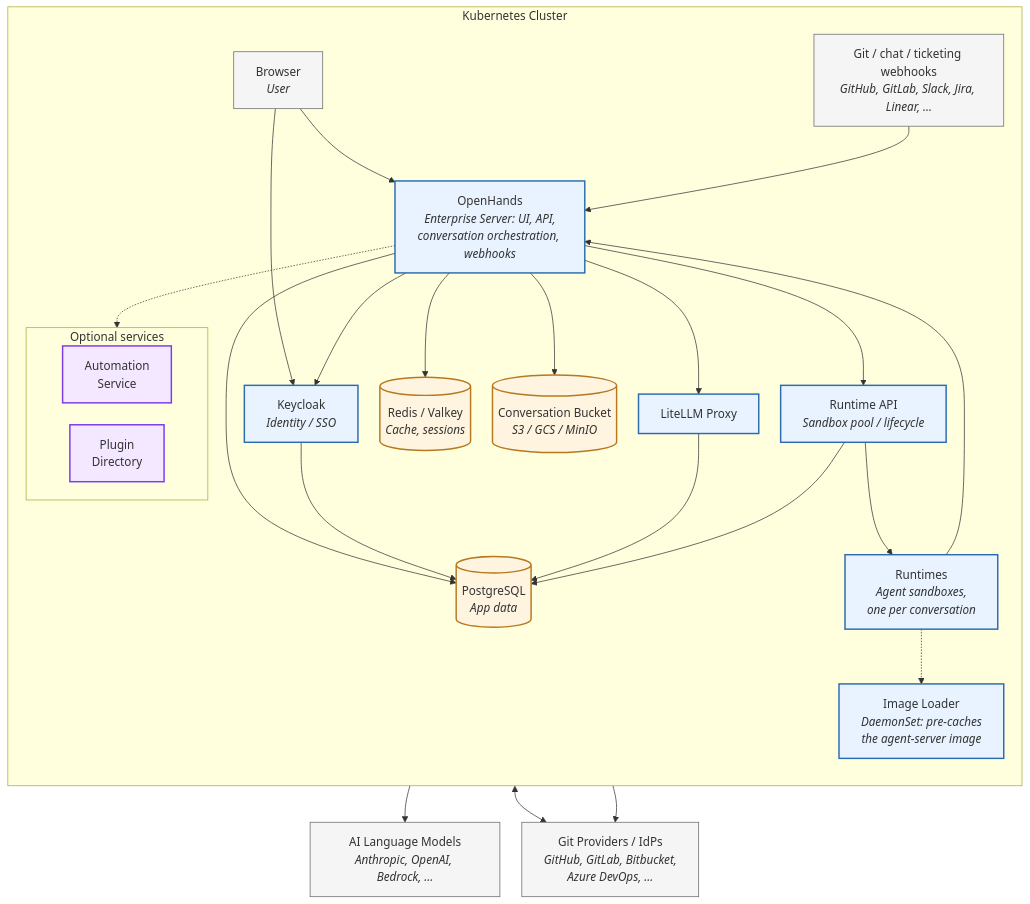
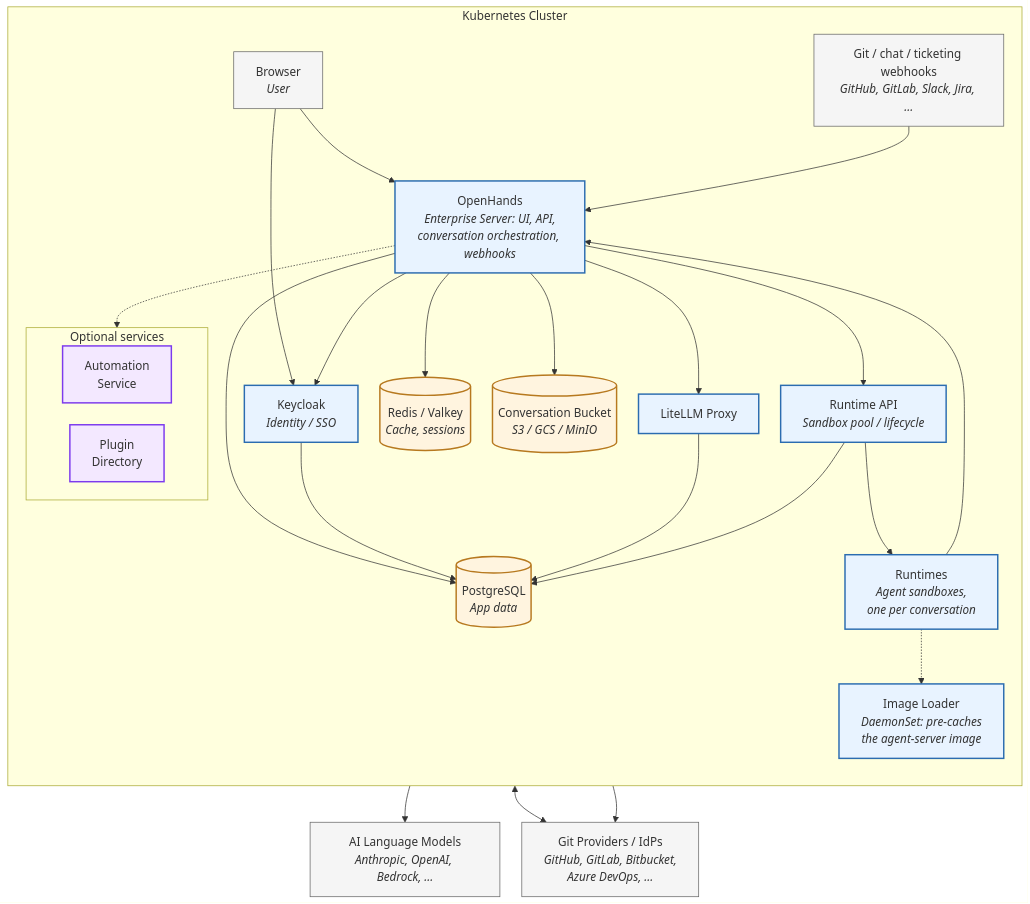
Before and after one commit to OpenHands/docs: the first of 2 diagrams in enterprise/architecture.mdx, drawn with Mermaid. The commit also changed other lines of this file, not shown here.

````diff
--- a/enterprise/architecture.mdx
+++ b/enterprise/architecture.mdx
@@ -24,59 +24,59 @@
 ```mermaid
 %%{init: {"theme": "default", "flowchart": {"nodeSpacing": 30, "rankSpacing": 50}} }%%
 flowchart TB
     Browser["Browser<br/><i>User</i>"]
-    Webhooks["Git / chat / ticketing webhooks<br/><i>GitHub, GitLab, Slack, Jira, Linear, ...</i>"]
+    Webhooks["Git / chat / ticketing webhooks<br/><i>GitHub, GitLab, Slack, Jira, ...</i>"]
 
     subgraph Cluster["Kubernetes Cluster"]
         direction TB
         Keycloak["Keycloak<br/><i>Identity / SSO</i>"]
         OpenHands["OpenHands<br/><i>Enterprise Server: UI, API,<br/>conversation orchestration, webhooks</i>"]
         Postgres[("PostgreSQL<br/><i>App data</i>")]
         Redis[("Redis / Valkey<br/><i>Cache, sessions</i>")]
         LiteLLM["LiteLLM Proxy"]
         RuntimeAPI["Runtime API<br/><i>Sandbox pool / lifecycle</i>"]
         Runtimes["Runtimes<br/><i>Agent sandboxes,<br/>one per conversation</i>"]
         ImageLoader["Image Loader<br/><i>DaemonSet: pre-caches<br/>the agent-server image</i>"]
         Bucket[("Conversation Bucket<br/><i>S3 / GCS / MinIO</i>")]
 
         subgraph Optional["Optional services"]
             direction LR
             Automation["Automation<br/>Service"]
             PluginDir["Plugin<br/>Directory"]
         end
 
         Browser --> OpenHands
         Browser --> Keycloak
         Webhooks --> OpenHands
         OpenHands --> Keycloak
         OpenHands --> RuntimeAPI
         OpenHands --> Redis
         OpenHands --> Postgres
         OpenHands --> Bucket
         OpenHands --> LiteLLM
         Keycloak --> Postgres
         LiteLLM --> Postgres
         RuntimeAPI --> Postgres
         RuntimeAPI --> Runtimes
         Runtimes -.-> ImageLoader
         Runtimes --> OpenHands
         OpenHands -.-> Optional
     end
 
     LLMs["AI Language Models<br/><i>Anthropic, OpenAI, Bedrock, ...</i>"]
     GitProviders["Git Providers / IdPs<br/><i>GitHub, GitLab, Bitbucket,<br/>Azure DevOps, ...</i>"]
 
     LiteLLM --> LLMs
     Keycloak <--> GitProviders
     Runtimes --> GitProviders
 
     classDef core fill:#e8f3ff,stroke:#2b6cb0,stroke-width:2px
     classDef data fill:#fff4df,stroke:#b7791f,stroke-width:2px
     classDef optional fill:#f3e8ff,stroke:#7c3aed,stroke-width:2px
     classDef external fill:#f5f5f5,stroke:#666,stroke-width:1px
 
     class OpenHands,Keycloak,LiteLLM,RuntimeAPI,Runtimes,ImageLoader core
     class Postgres,Redis,Bucket data
     class Automation,PluginDir optional
     class Browser,Webhooks,LLMs,GitProviders external
 ```
````
